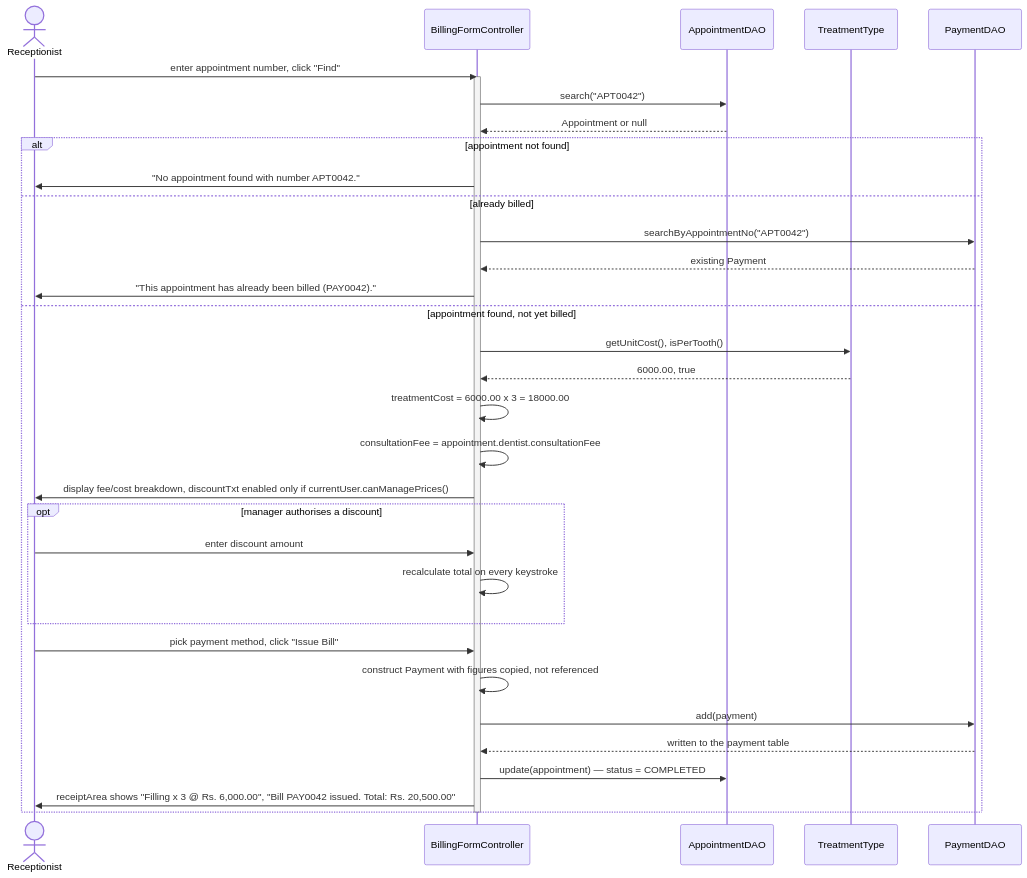
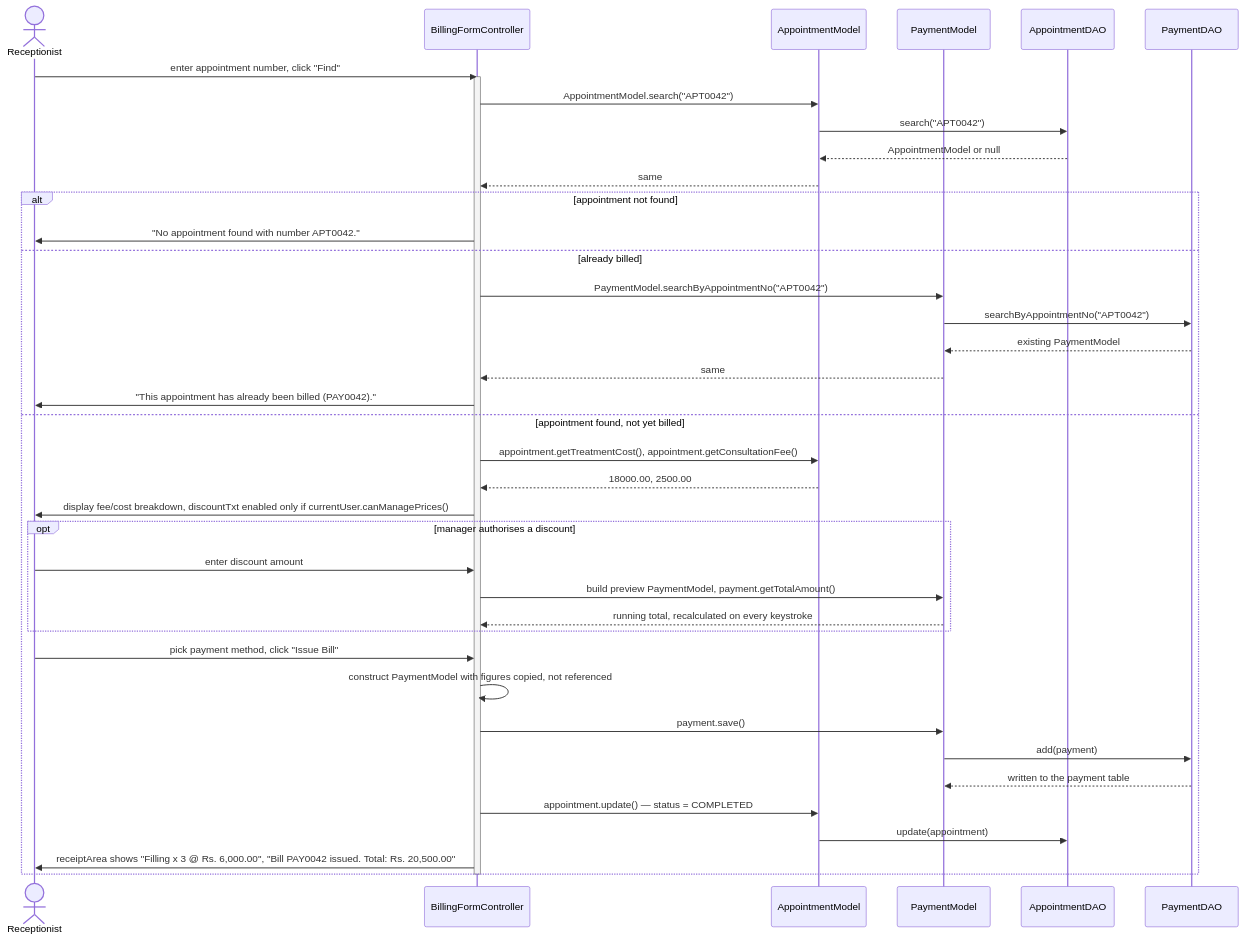
Before and after one commit to DasunMadawa/sun-rise-dental-clinic: the third of 4 diagrams in docs/SequenceDiagrams.md, drawn with Mermaid. The commit also changed other lines of this file and 51 other files, not shown here.

````diff
--- a/docs/SequenceDiagrams.md
+++ b/docs/SequenceDiagrams.md
@@ -148,40 +173,46 @@
 ```mermaid
 sequenceDiagram
     actor Receptionist
     participant UI as BillingFormController
+    participant AModel as AppointmentModel
+    participant PayModel as PaymentModel
     participant ADao as AppointmentDAO
-    participant Enum as TreatmentType
     participant PDao as PaymentDAO
 
     Receptionist->>UI: enter appointment number, click "Find"
     activate UI
-    UI->>ADao: search("APT0042")
-    ADao-->>UI: Appointment or null
+    UI->>AModel: AppointmentModel.search("APT0042")
+    AModel->>ADao: search("APT0042")
+    ADao-->>AModel: AppointmentModel or null
+    AModel-->>UI: same
 
     alt appointment not found
         UI->>Receptionist: "No appointment found with number APT0042."
     else already billed
-        UI->>PDao: searchByAppointmentNo("APT0042")
-        PDao-->>UI: existing Payment
+        UI->>PayModel: PaymentModel.searchByAppointmentNo("APT0042")
+        PayModel->>PDao: searchByAppointmentNo("APT0042")
+        PDao-->>PayModel: existing PaymentModel
+        PayModel-->>UI: same
         UI->>Receptionist: "This appointment has already been billed (PAY0042)."
     else appointment found, not yet billed
-        UI->>Enum: getUnitCost(), isPerTooth()
-        Enum-->>UI: 6000.00, true
-        UI->>UI: treatmentCost = 6000.00 x 3 = 18000.00
-        UI->>UI: consultationFee = appointment.dentist.consultationFee
+        UI->>AModel: appointment.getTreatmentCost(), appointment.getConsultationFee()
+        AModel-->>UI: 18000.00, 2500.00
         UI->>Receptionist: display fee/cost breakdown, discountTxt enabled only if currentUser.canManagePrices()
 
         opt manager authorises a discount
             Receptionist->>UI: enter discount amount
-            UI->>UI: recalculate total on every keystroke
+            UI->>PayModel: build preview PaymentModel, payment.getTotalAmount()
+            PayModel-->>UI: running total, recalculated on every keystroke
         end
 
         Receptionist->>UI: pick payment method, click "Issue Bill"
-        UI->>UI: construct Payment with figures copied, not referenced
-        UI->>PDao: add(payment)
-        PDao-->>UI: written to the payment table
-        UI->>ADao: update(appointment) — status = COMPLETED
+        UI->>UI: construct PaymentModel with figures copied, not referenced
+        UI->>PayModel: payment.save()
+        PayModel->>PDao: add(payment)
+        PDao-->>PayModel: written to the payment table
+        UI->>AModel: appointment.update() — status = COMPLETED
+        AModel->>ADao: update(appointment)
         UI->>Receptionist: receiptArea shows "Filling x 3 @ Rs. 6,000.00", "Bill PAY0042 issued. Total: Rs. 20,500.00"
     end
     deactivate UI
 ```
````
